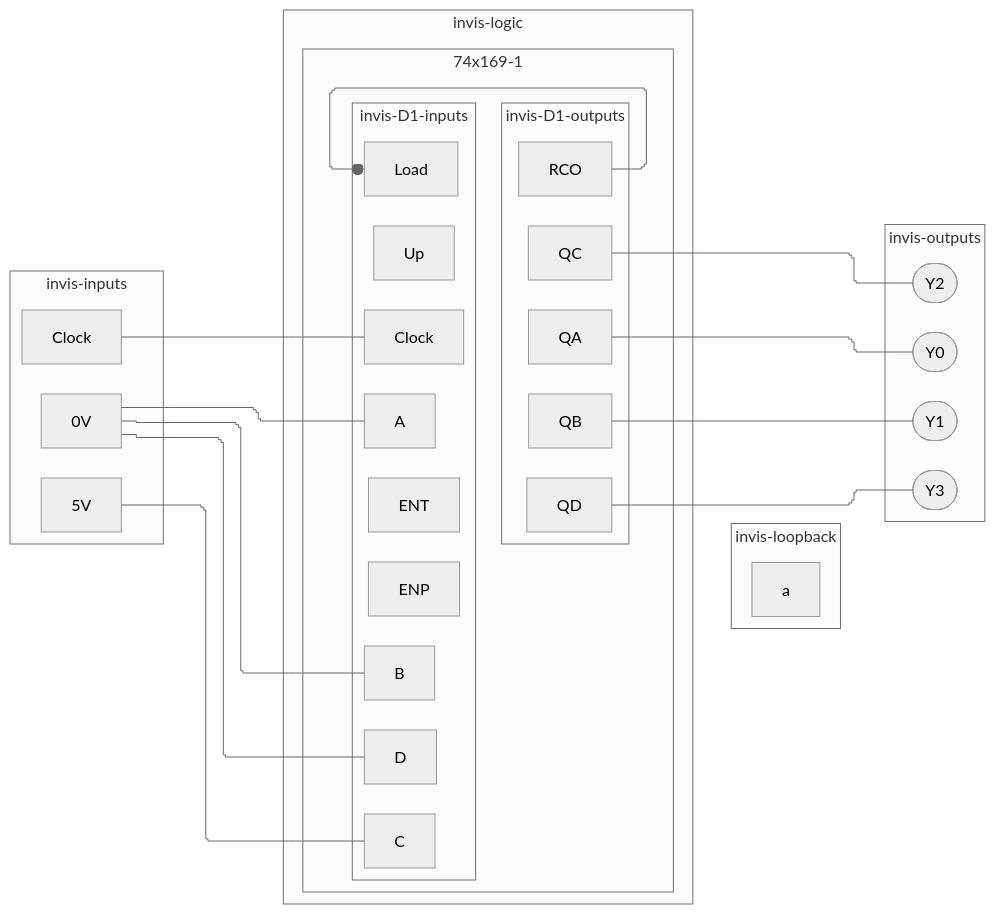
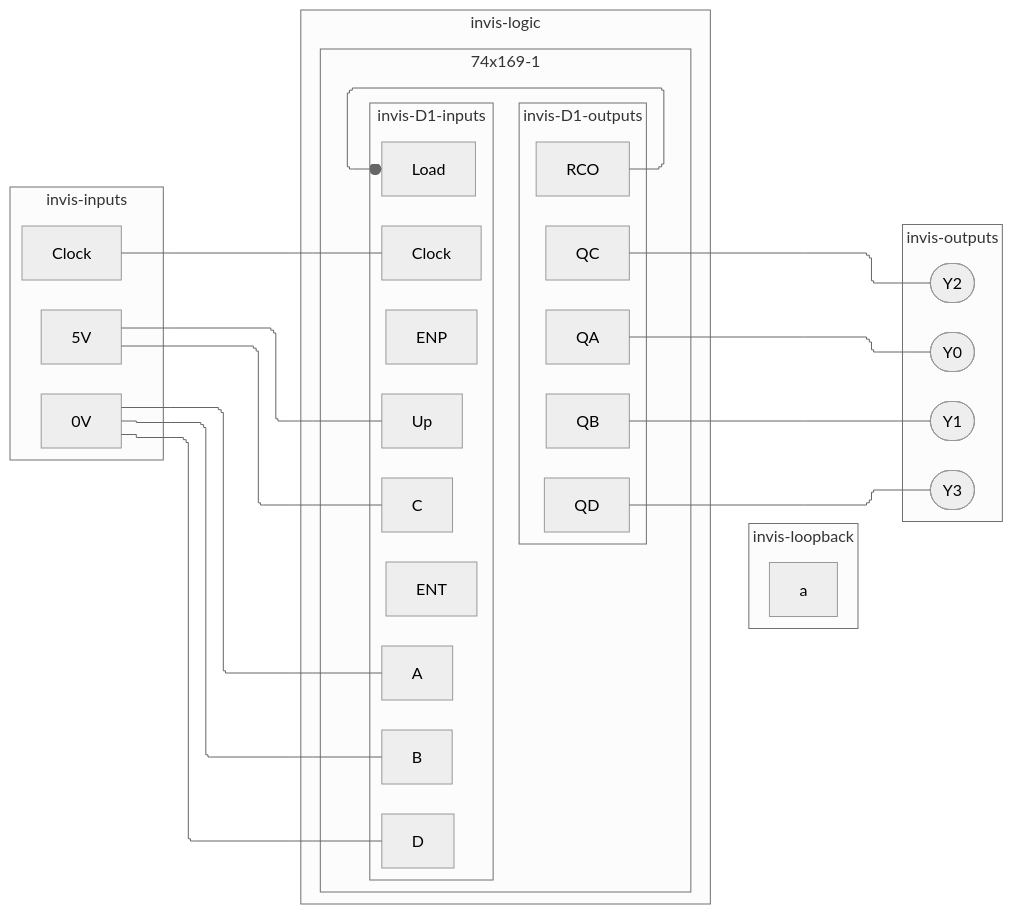
Before and after one commit to tnichols217/notes: the eighth of 8 diagrams in CSDS 281 - Logic Design/HW/8/Tables.md, drawn with Mermaid (neutral theme). The commit also changed other lines of this file, not shown here.

````diff
--- a/CSDS 281 - Logic Design/HW/8/Tables.md
+++ b/CSDS 281 - Logic Design/HW/8/Tables.md
@@ -409,46 +409,46 @@
 ```mermaid
 %%{ init: { 'flowchart': { 'curve': 'stepBefore', "defaultRenderer": "elk" } } }%%
 flowchart LR
 subgraph invis-inputs
 	Clock
 	5V
 	0V
 end
 subgraph invis-logic
 	subgraph 74x169-1
 		subgraph invis-D1-inputs
 			D1c[Clock]
 			D1UP[Up]
 			D1LD[Load]
 			D1ENP[ENP]
 			D1ENT[ENT]
 			D1A[A]
 			D1B[B]
 			D1C[C]
 			D1D[D]
 		end
 		Clock --- D1c
 		subgraph invis-D1-outputs
 			Q1A[QA]
 			Q1B[QB]
 			Q1C[QC]
 			Q1D[QD]
 			Q1RCO[RCO]
 		end
 		invis-D1-inputs ~~~ invis-D1-outputs
 	end
-	5V --- D1C
+	5V --- D1C & D1UP
 	0V --- D1A & D1B & D1D
 	Q1RCO ---o D1LD
 end
 subgraph invis-loopback
 	a
 end
 subgraph invis-outputs
 		Q1A --- Y0([Y0])
 		Q1B --- Y1([Y1])
 		Q1C --- Y2([Y2])
 		Q1D --- Y3([Y3])
 end
 invis-inputs ~~~ invis-logic ~~~ invis-loopback ~~~ invis-outputs
 ```
````
